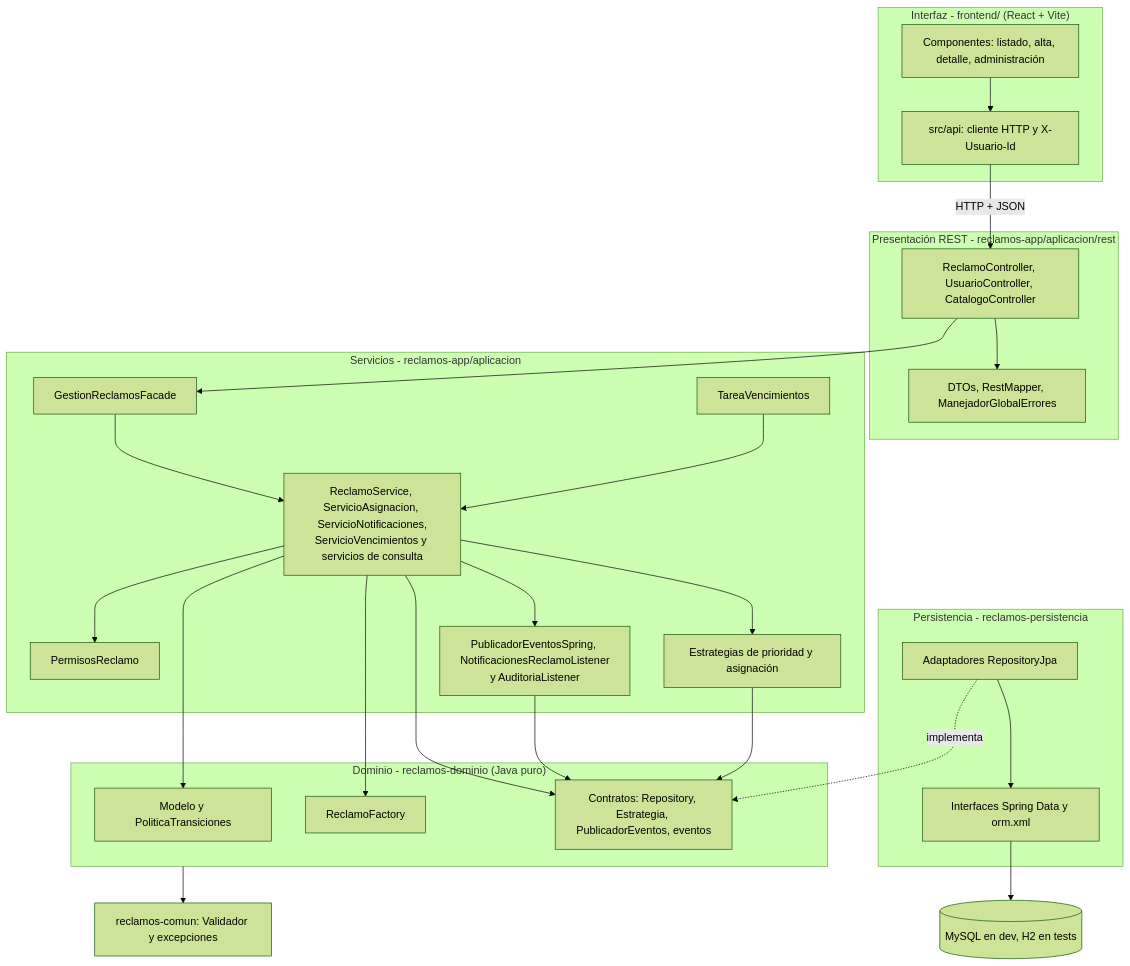
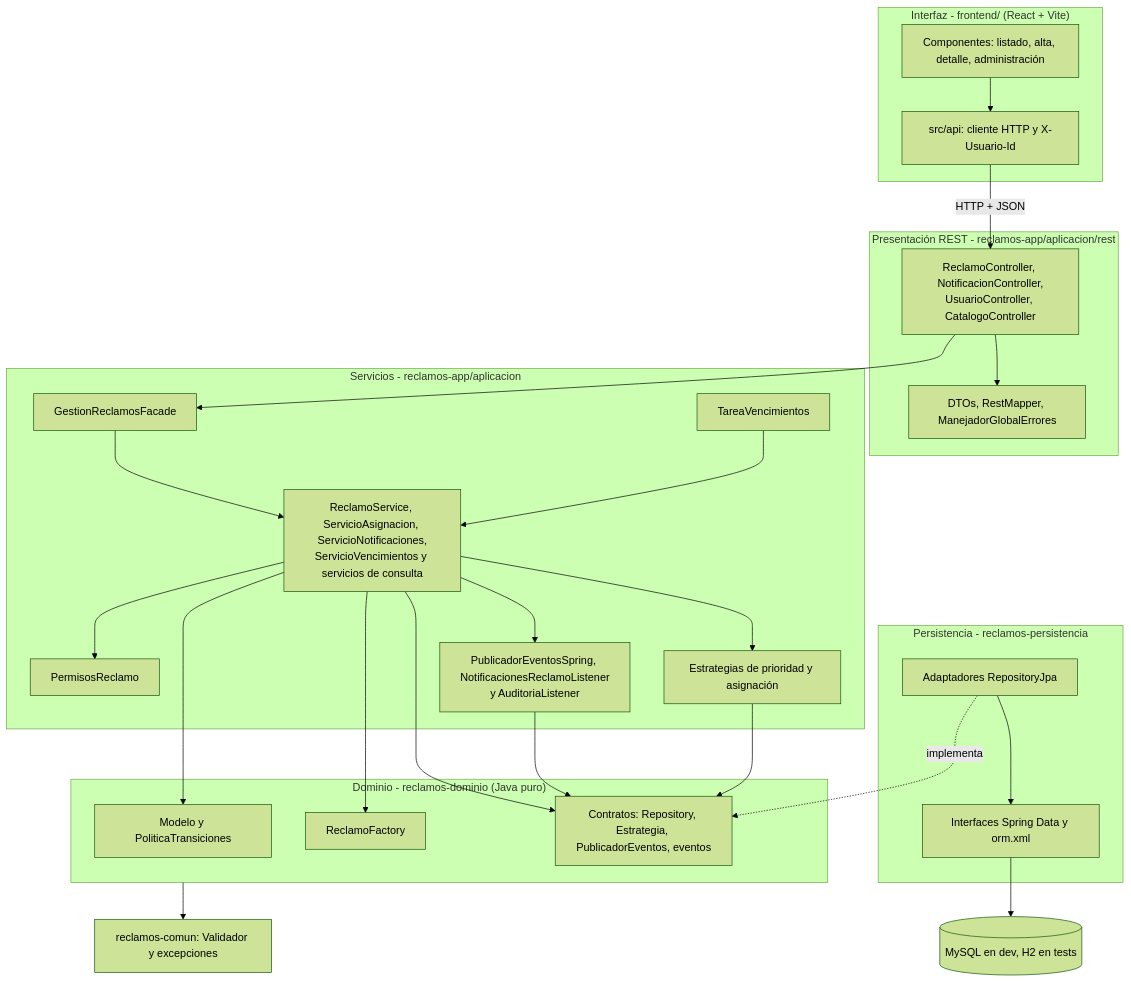
One commit to SanTegli/DesarrolloAppsIIGrupo10 changed the first of 2 diagrams in docs/arquitectura.md. Above: the diagram before and after it, drawn with Mermaid (forest theme). The commit also changed other lines of this file and 23 other files, not shown here.

````diff
--- a/docs/arquitectura.md
+++ b/docs/arquitectura.md
@@ -8,49 +8,49 @@
 ```mermaid
 flowchart TB
   subgraph UI["Interfaz - frontend/ (React + Vite)"]
     COMP["Componentes: listado, alta, detalle, administración"]
     API["src/api: cliente HTTP y X-Usuario-Id"]
   end
   subgraph REST["Presentación REST - reclamos-app/aplicacion/rest"]
-    CTRL["ReclamoController, UsuarioController, CatalogoController"]
+    CTRL["ReclamoController, NotificacionController,<br/>UsuarioController, CatalogoController"]
     DTO["DTOs, RestMapper, ManejadorGlobalErrores"]
   end
   subgraph APP["Servicios - reclamos-app/aplicacion"]
     FAC["GestionReclamosFacade"]
     SRV["ReclamoService, ServicioAsignacion, ServicioNotificaciones,<br/>ServicioVencimientos y servicios de consulta"]
     PERM["PermisosReclamo"]
     EST["Estrategias de prioridad y asignación"]
     OBS["PublicadorEventosSpring, NotificacionesReclamoListener<br/>y AuditoriaListener"]
     TAR["TareaVencimientos"]
   end
   subgraph DOM["Dominio - reclamos-dominio (Java puro)"]
     MOD["Modelo y PoliticaTransiciones"]
     FAB["ReclamoFactory"]
     CON["Contratos: Repository, Estrategia, PublicadorEventos, eventos"]
   end
   subgraph PERS["Persistencia - reclamos-persistencia"]
     ADP["Adaptadores RepositoryJpa"]
     SDJ["Interfaces Spring Data y orm.xml"]
   end
   DB[("MySQL en dev, H2 en tests")]
   UTIL["reclamos-comun: Validador y excepciones"]
 
   COMP --> API
   API -->|"HTTP + JSON"| CTRL
   CTRL --> FAC
   CTRL --> DTO
   FAC --> SRV
   SRV --> PERM
   SRV --> EST
   SRV --> FAB
   SRV --> MOD
   SRV --> CON
   SRV --> OBS
   TAR --> SRV
   OBS --> CON
   EST --> CON
   ADP -.->|implementa| CON
   ADP --> SDJ
   SDJ --> DB
   DOM --> UTIL
 ```
````
